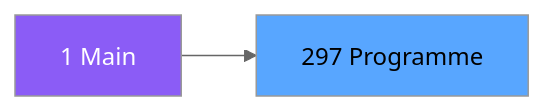
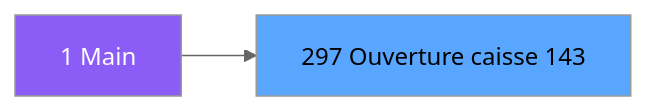
The second of 3 diagrams in .openspec/specs/ADH-IDE-297.md (thonyAGP/magic-migration), drawn with Mermaid (neutral theme) before and after one commit. The commit also changed other lines of this file and 323 other files, not shown here.

````diff
--- a/.openspec/specs/ADH-IDE-297.md
+++ b/.openspec/specs/ADH-IDE-297.md
@@ -100,8 +114,8 @@
 ```mermaid
 graph LR
     M[1 Main]
-    T[297 Programme]
+    T[297 Ouverture caisse 143]
     M --> T
     style M fill:#8b5cf6,color:#fff
     style T fill:#58a6ff,color:#000
 ```
````
